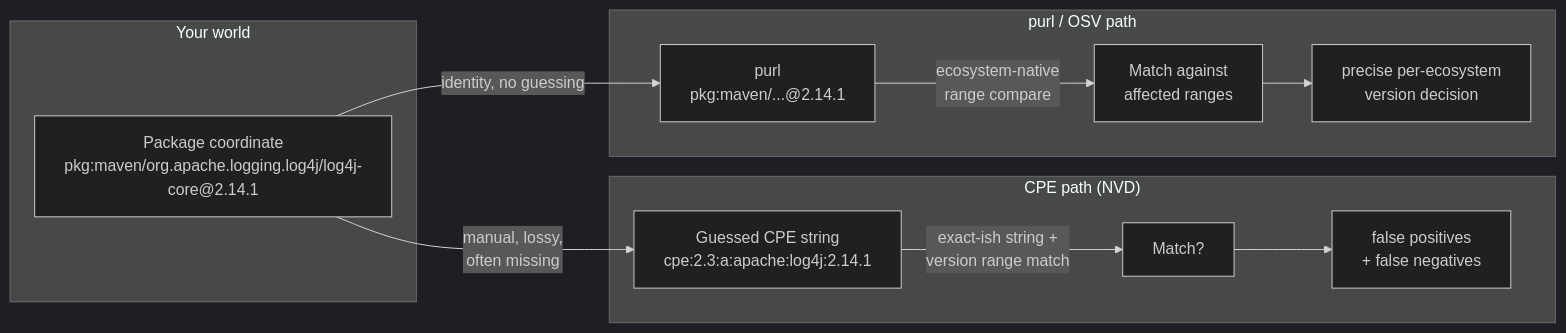
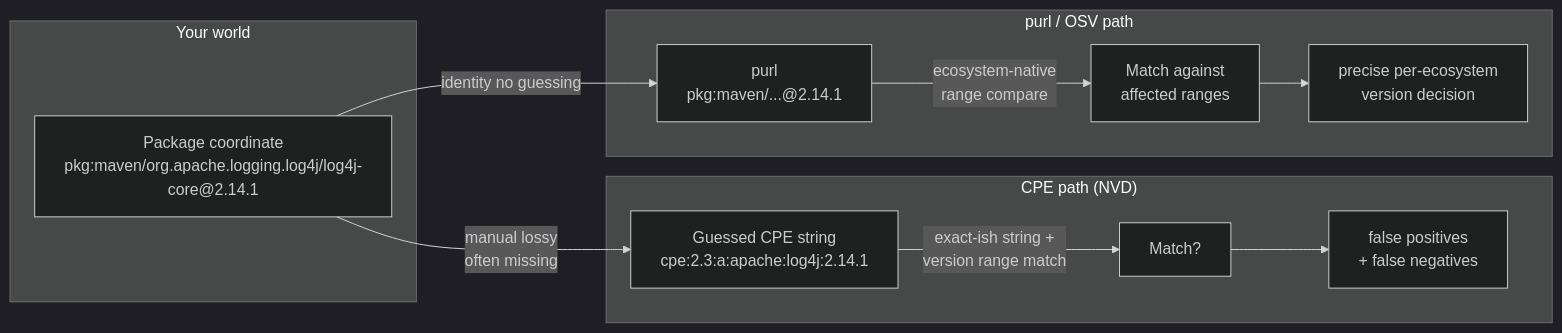
One commit to bumbsclaw/textbooks changed the third of 7 diagrams in book-02-dependencies/ch05-vulnerability-databases.md. Above: the diagram before and after it, drawn with Mermaid (dark theme). The commit also changed 173 other files, not shown here.

First line of the commit message:
fix(mermaid): close note brackets, semicolons in Notes, stateDiagram br -> dash, edge parens

````diff
--- a/book-02-dependencies/ch05-vulnerability-databases.md
+++ b/book-02-dependencies/ch05-vulnerability-databases.md
@@ -349,16 +349,16 @@
 ```mermaid
 flowchart LR
     subgraph Your world
       Coord["Package coordinate<br/>pkg:maven/org.apache.logging.log4j/log4j-core@2.14.1"]
     end
     subgraph "CPE path (NVD)"
-      Coord -->|"manual, lossy,<br/>often missing"| Guess["Guessed CPE string<br/>cpe:2.3:a:apache:log4j:2.14.1"]
-      Guess -->|"exact-ish string +<br/>version range match"| CPEmatch["Match?"]
+      Coord -->|"manual lossy <br >often missing"| Guess["Guessed CPE string<br/>cpe:2.3:a:apache:log4j:2.14.1"]
+      Guess -->|"exact-ish string +<br >version range match"| CPEmatch["Match?"]
       CPEmatch --> FP["false positives<br/>+ false negatives"]
     end
     subgraph "purl / OSV path"
-      Coord -->|"identity, no guessing"| Purl["purl<br/>pkg:maven/...@2.14.1"]
-      Purl -->|"ecosystem-native<br/>range compare"| OSVmatch["Match against<br/>affected ranges"]
+      Coord -->|"identity no guessing"| Purl["purl<br/>pkg:maven/...@2.14.1"]
+      Purl -->|"ecosystem-native<br >range compare"| OSVmatch["Match against<br/>affected ranges"]
       OSVmatch --> Precise["precise per-ecosystem<br/>version decision"]
     end
 ```
````
